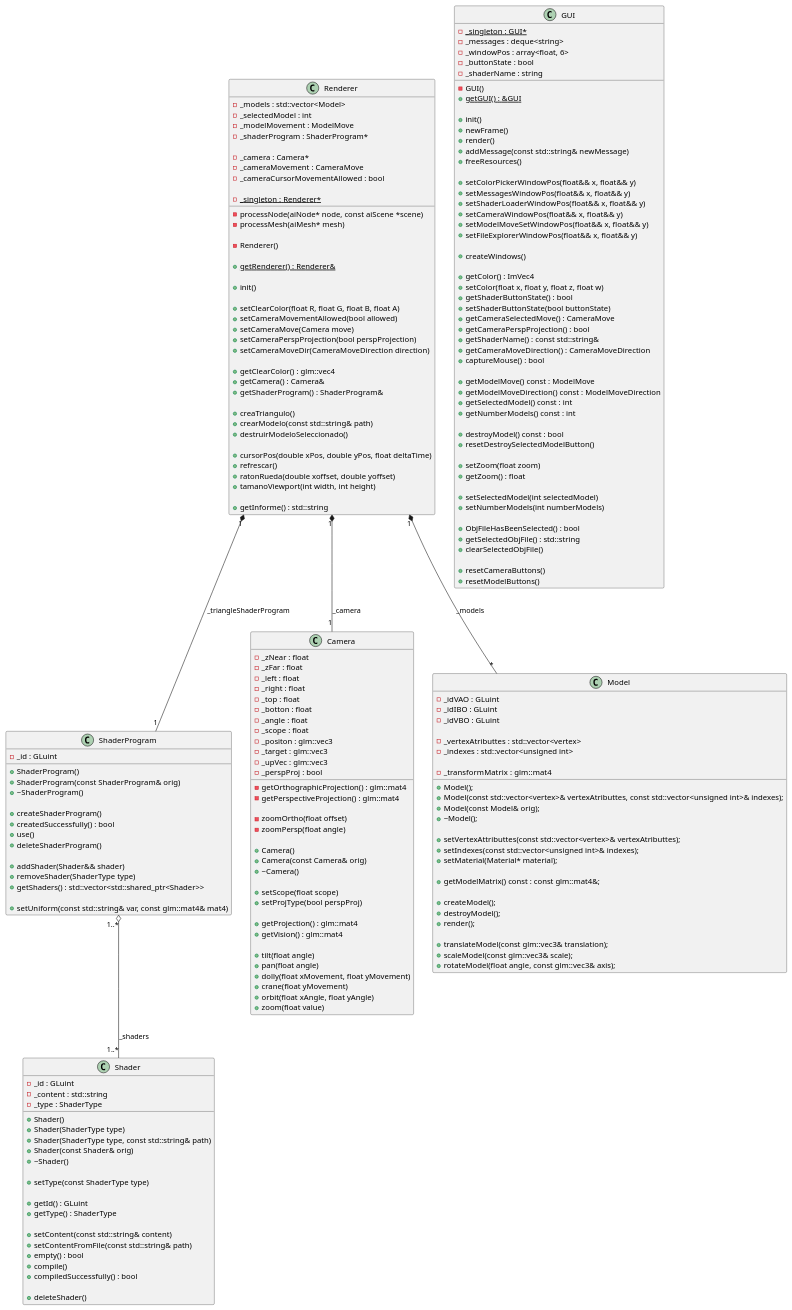
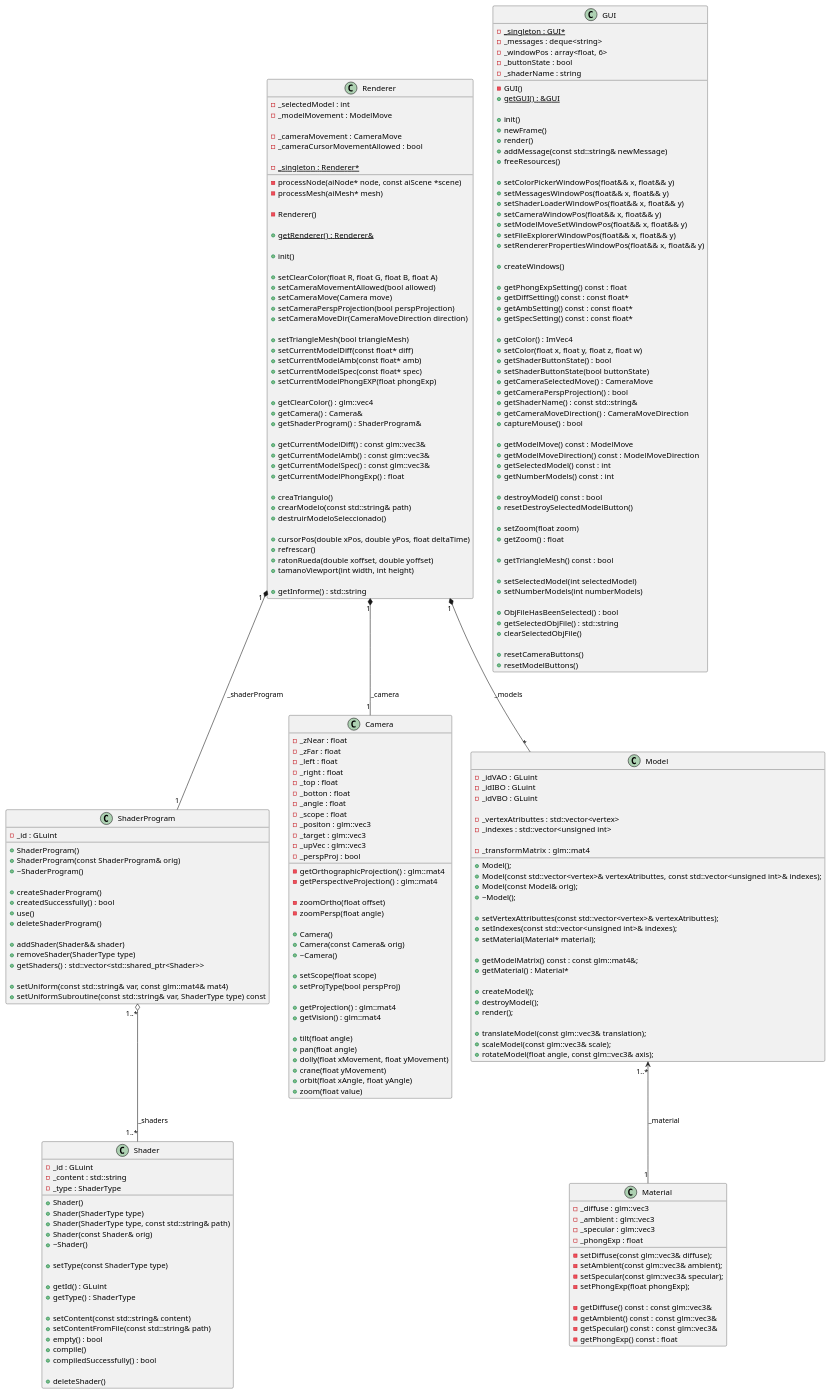
Before and after one commit to ahg00048/PAG_PROJECT: the diagram in img/UML.puml, drawn with PlantUML. The commit also changed 2 other files, not shown here.

```diff
--- a/img/UML.puml
+++ b/img/UML.puml
@@ -2,13 +2,9 @@
 'https://plantuml.com/class-diagram
 
 class Renderer {
-
-    - _models : std::vector<Model>
     - _selectedModel : int
     - _modelMovement : ModelMove
-    - _shaderProgram : ShaderProgram*
 
-    - _camera : Camera*
     - _cameraMovement : CameraMove
     - _cameraCursorMovementAllowed : bool
 
@@ -29,9 +25,20 @@
     + setCameraPerspProjection(bool perspProjection)
     + setCameraMoveDir(CameraMoveDirection direction)
 
+    + setTriangleMesh(bool triangleMesh)
+    + setCurrentModelDiff(const float* diff)
+    + setCurrentModelAmb(const float* amb)
+    + setCurrentModelSpec(const float* spec)
+    + setCurrentModelPhongEXP(float phongExp)
+
     + getClearColor() : glm::vec4
     + getCamera() : Camera&
     + getShaderProgram() : ShaderProgram&
+
+    + getCurrentModelDiff() : const glm::vec3&
+    + getCurrentModelAmb() : const glm::vec3&
+    + getCurrentModelSpec() : const glm::vec3&
+    + getCurrentModelPhongExp() : float
 
     + creaTriangulo()
     + crearModelo(const std::string& path)
@@ -67,8 +74,14 @@
     + setCameraWindowPos(float&& x, float&& y)
     + setModelMoveSetWindowPos(float&& x, float&& y)
     + setFileExplorerWindowPos(float&& x, float&& y)
+    + setRendererPropertiesWindowPos(float&& x, float&& y)
 
     + createWindows()
+
+    + getPhongExpSetting() const : float
+    + getDiffSetting() const : const float*
+    + getAmbSetting() const : const float*
+    + getSpecSetting() const : const float*
 
     + getColor() : ImVec4
     + setColor(float x, float y, float z, float w)
@@ -90,6 +103,8 @@
 
     + setZoom(float zoom)
     + getZoom() : float
+
+    + getTriangleMesh() const : bool
 
     + setSelectedModel(int selectedModel)
     + setNumberModels(int numberModels)
@@ -144,6 +159,7 @@
     + getShaders() : std::vector<std::shared_ptr<Shader>>
 
     + setUniform(const std::string& var, const glm::mat4& mat4)
+    + setUniformSubroutine(const std::string& var, ShaderType type) const
 }
 
 class Camera {
@@ -204,6 +220,7 @@
         + setMaterial(Material* material);
 
         + getModelMatrix() const : const glm::mat4&;
+        + getMaterial() : Material*
 
         + createModel();
         + destroyModel();
@@ -214,8 +231,26 @@
         + rotateModel(float angle, const glm::vec3& axis);
 }
 
+class Material {
+        - _diffuse : glm::vec3
+        - _ambient : glm::vec3
+        - _specular : glm::vec3
+        - _phongExp : float
+
+        - setDiffuse(const glm::vec3& diffuse);
+        - setAmbient(const glm::vec3& ambient);
+        - setSpecular(const glm::vec3& specular);
+        - setPhongExp(float phongExp);
+
+        - getDiffuse() const : const glm::vec3&
+        - getAmbient() const : const glm::vec3&
+        - getSpecular() const : const glm::vec3&
+        - getPhongExp() const : float
+}
+
+Model "1..*" <-- "1" Material : _material
 ShaderProgram "1..*" o-- "1..*" Shader : _shaders
-Renderer "1" *-- "1" ShaderProgram : _triangleShaderProgram
+Renderer "1" *-- "1" ShaderProgram : _shaderProgram
 Renderer "1" *-- "*" Model : _models
 Renderer "1" *-- "1" Camera : _camera
 
```
